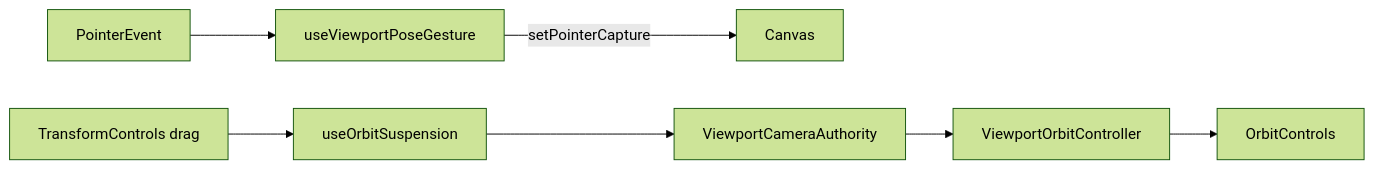
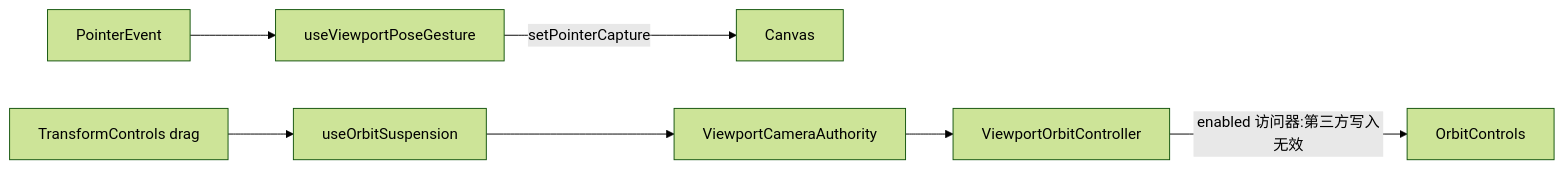
One commit to amwyygyuge/3d-director-desk changed the second of 2 diagrams in docs/architecture-debt.md. Above: the diagram before and after it, drawn with Mermaid (forest theme). The commit also changed other lines of this file and 6 other files, not shown here.

````diff
--- a/docs/architecture-debt.md
+++ b/docs/architecture-debt.md
@@ -71,9 +85,9 @@
 ```mermaid
 flowchart LR
     P[PointerEvent] --> G[useViewportPoseGesture]
     G -->|setPointerCapture| Canvas
     T[TransformControls drag] --> S[useOrbitSuspension]
     S --> A[ViewportCameraAuthority]
     A --> O[ViewportOrbitController]
-    O --> C[OrbitControls]
+    O -->|enabled 访问器:第三方写入无效| C[OrbitControls]
 ```
````
